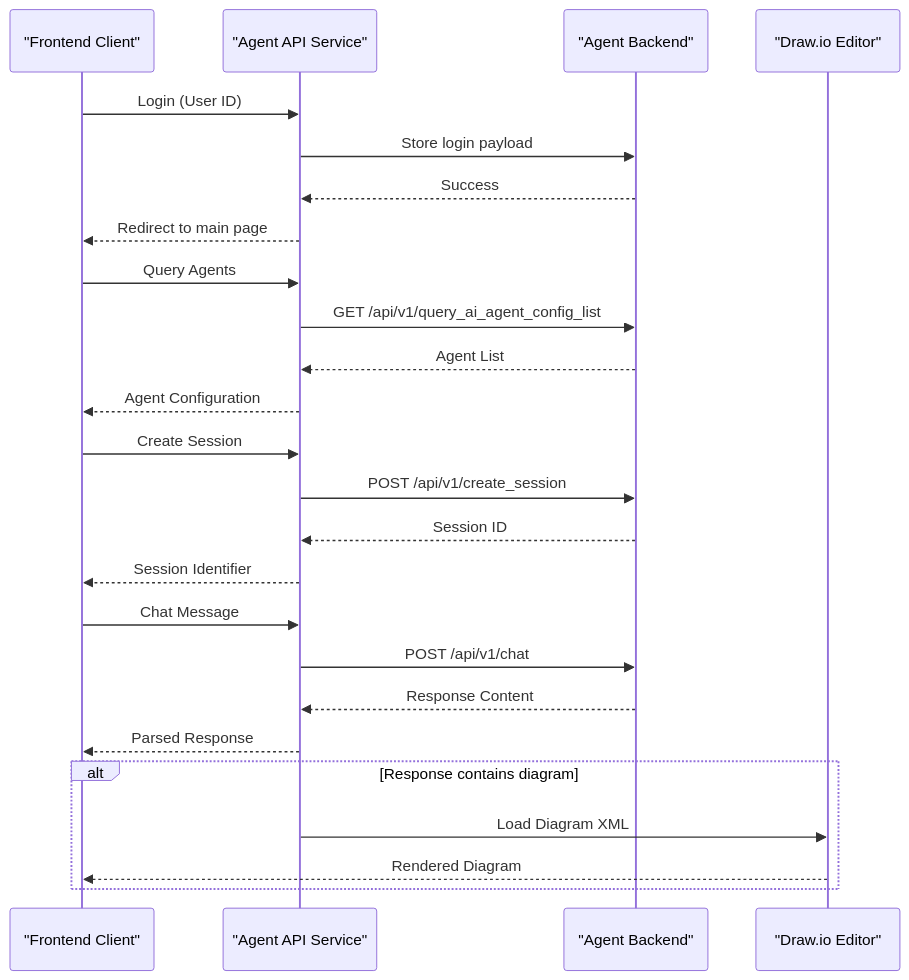
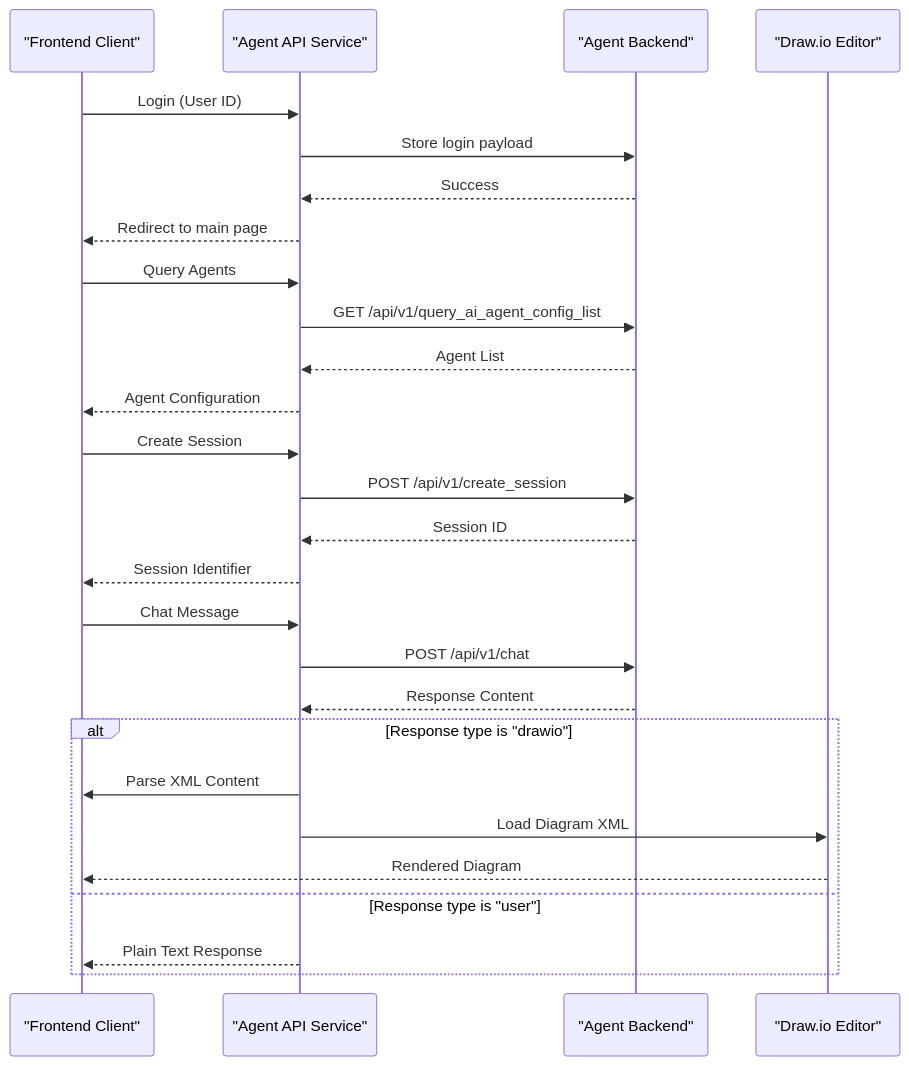
Before and after one commit to shrekboss/agent-draw-io-front: the second of 3 diagrams in .qoder/repowiki/en/content/API Reference.md, drawn with Mermaid. The commit also changed other lines of this file and 13 other files, not shown here.

Commit message:
feat(agent-draw-io-front): 优化交互式画图

````diff
--- a/.qoder/repowiki/en/content/API Reference.md
+++ b/.qoder/repowiki/en/content/API Reference.md
@@ -106,27 +124,29 @@
 ```mermaid
 sequenceDiagram
 participant Client as "Frontend Client"
 participant API as "Agent API Service"
 participant Backend as "Agent Backend"
 participant DrawIO as "Draw.io Editor"
 Client->>API : Login (User ID)
 API->>Backend : Store login payload
 Backend-->>API : Success
 API-->>Client : Redirect to main page
 Client->>API : Query Agents
 API->>Backend : GET /api/v1/query_ai_agent_config_list
 Backend-->>API : Agent List
 API-->>Client : Agent Configuration
 Client->>API : Create Session
 API->>Backend : POST /api/v1/create_session
 Backend-->>API : Session ID
 API-->>Client : Session Identifier
 Client->>API : Chat Message
 API->>Backend : POST /api/v1/chat
 Backend-->>API : Response Content
-API-->>Client : Parsed Response
-alt Response contains diagram
+alt Response type is "drawio"
+API->>Client : Parse XML Content
 API->>DrawIO : Load Diagram XML
 DrawIO-->>Client : Rendered Diagram
+else Response type is "user"
+API-->>Client : Plain Text Response
 end
 ```
````
